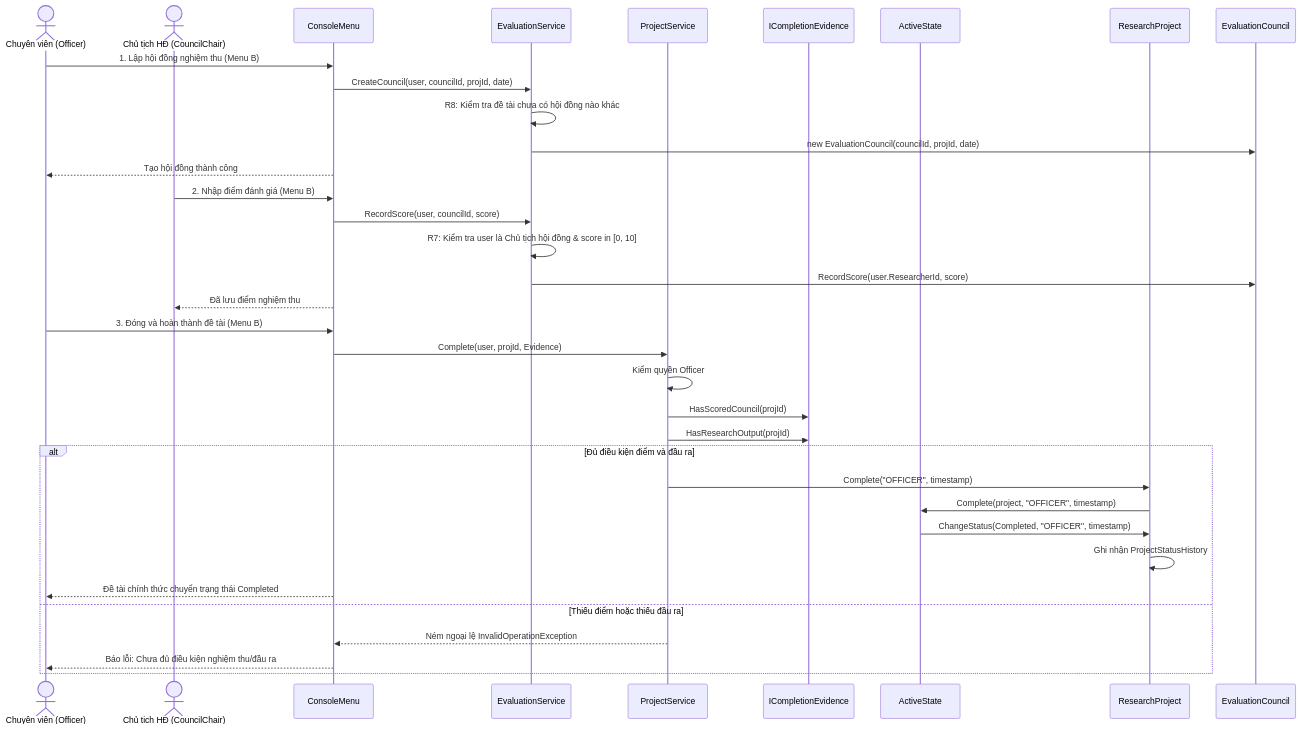
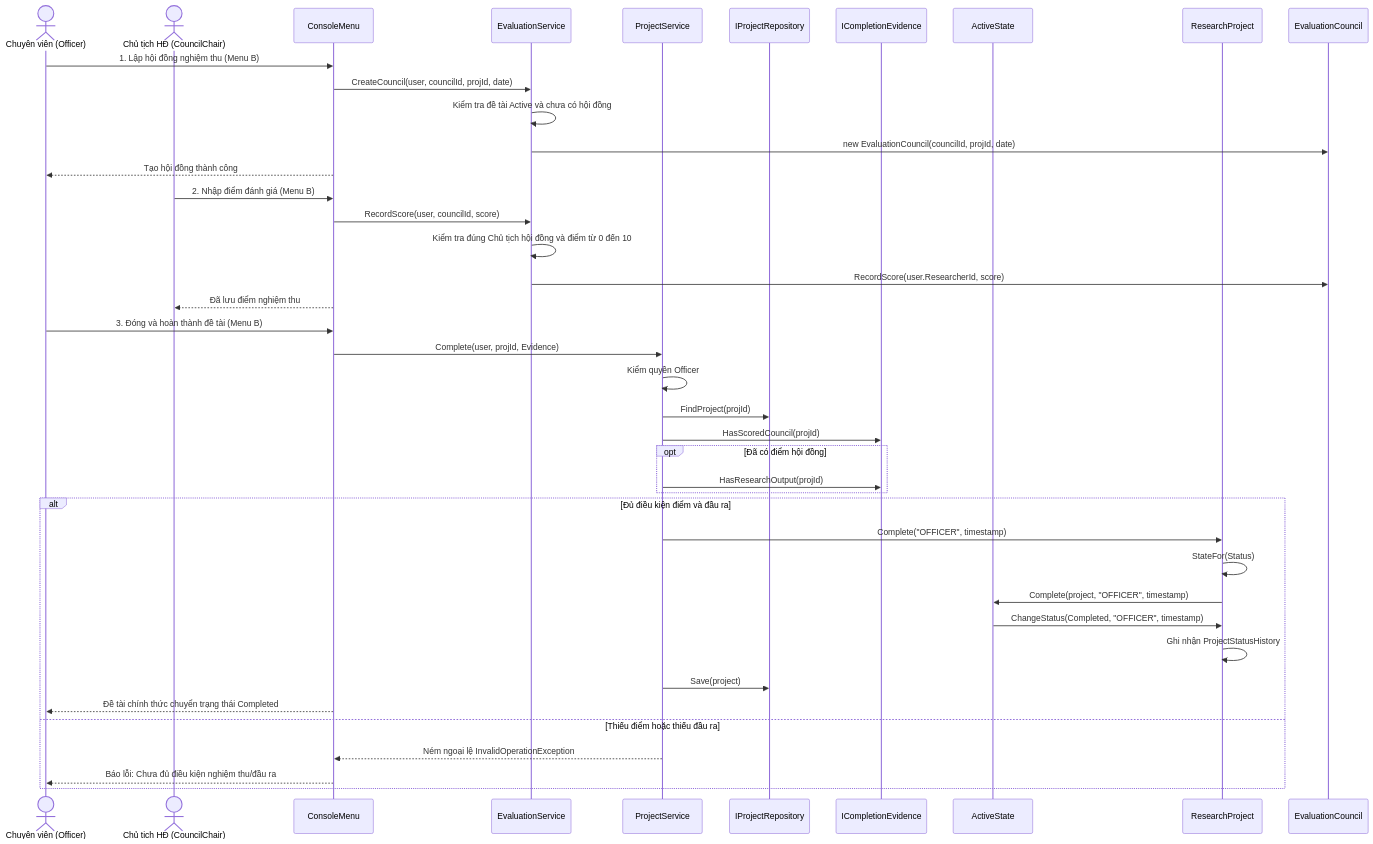
One commit to PKT-zZ/QLNCKH_OOP_FINAL changed the ninth of 10 diagrams in docs/uml.md. Above: the diagram before and after it, drawn with Mermaid. The commit also changed other lines of this file and 9 other files, not shown here.

````diff
--- a/docs/uml.md
+++ b/docs/uml.md
@@ -644,43 +649,49 @@
 ```mermaid
 sequenceDiagram
     actor CV as Chuyên viên (Officer)
     actor CT as Chủ tịch HĐ (CouncilChair)
     participant UI as ConsoleMenu
     participant ES as EvaluationService
     participant PS as ProjectService
+    participant Repo as IProjectRepository
     participant Evidence as ICompletionEvidence
     participant State as ActiveState
     participant P as ResearchProject
     participant C as EvaluationCouncil
 
     %% UC05: Lập hội đồng
     CV->>UI: 1. Lập hội đồng nghiệm thu (Menu B)
     UI->>ES: CreateCouncil(user, councilId, projId, date)
-    ES->>ES: R8: Kiểm tra đề tài chưa có hội đồng nào khác
+    ES->>ES: Kiểm tra đề tài Active và chưa có hội đồng
     ES->>C: new EvaluationCouncil(councilId, projId, date)
     UI-->>CV: Tạo hội đồng thành công
 
     %% UC06: Ghi điểm nghiệm thu
     CT->>UI: 2. Nhập điểm đánh giá (Menu B)
     UI->>ES: RecordScore(user, councilId, score)
-    ES->>ES: R7: Kiểm tra user là Chủ tịch hội đồng & score in [0, 10]
+    ES->>ES: Kiểm tra đúng Chủ tịch hội đồng và điểm từ 0 đến 10
     ES->>C: RecordScore(user.ResearcherId, score)
     UI-->>CT: Đã lưu điểm nghiệm thu
 
     %% UC06: Hoàn thành đề tài
     CV->>UI: 3. Đóng và hoàn thành đề tài (Menu B)
     UI->>PS: Complete(user, projId, Evidence)
     PS->>PS: Kiểm quyền Officer
+    PS->>Repo: FindProject(projId)
     PS->>Evidence: HasScoredCouncil(projId)
-    PS->>Evidence: HasResearchOutput(projId)
+    opt Đã có điểm hội đồng
+        PS->>Evidence: HasResearchOutput(projId)
+    end
     alt Đủ điều kiện điểm và đầu ra
         PS->>P: Complete("OFFICER", timestamp)
+        P->>P: StateFor(Status)
         P->>State: Complete(project, "OFFICER", timestamp)
         State->>P: ChangeStatus(Completed, "OFFICER", timestamp)
         P->>P: Ghi nhận ProjectStatusHistory
+        PS->>Repo: Save(project)
         UI-->>CV: Đề tài chính thức chuyển trạng thái Completed
     else Thiếu điểm hoặc thiếu đầu ra
         PS-->>UI: Ném ngoại lệ InvalidOperationException
         UI-->>CV: Báo lỗi: Chưa đủ điều kiện nghiệm thu/đầu ra
     end
 ```
````
